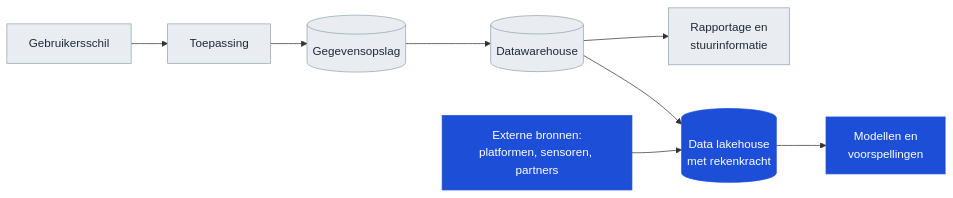
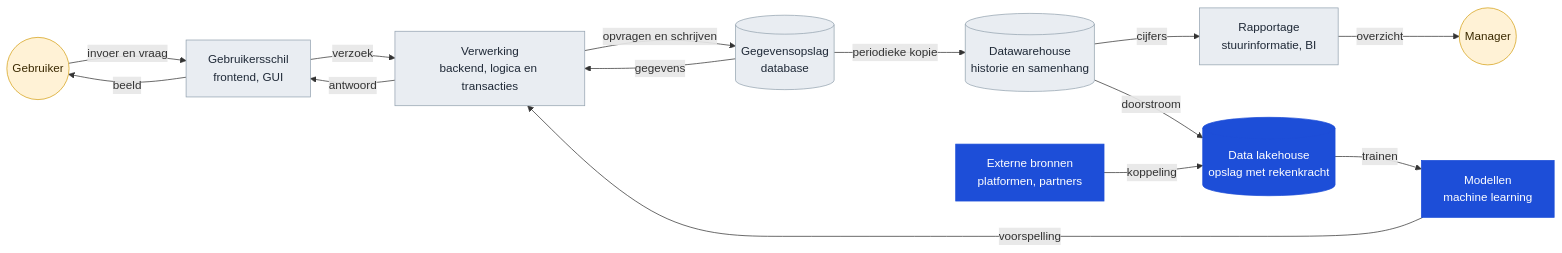
The third of 4 diagrams in presentaties/src/260904_ai_houdbaarheid.md (Npuls-OKx/meta), drawn with Mermaid before and after one commit. The commit also changed other lines of this file and 2 other files, not shown here.

````diff
--- a/presentaties/src/260904_ai_houdbaarheid.md
+++ b/presentaties/src/260904_ai_houdbaarheid.md
@@ -191,18 +205,36 @@
 ```mermaid
 flowchart LR
-  UI["Gebruikersschil"] --> APP["Toepassing"]
-  APP --> DB[("Gegevensopslag")]
-  DB --> DWH[("Datawarehouse")]
-  DWH --> BI["Rapportage en<br/>stuurinformatie"]
-  DWH --> LH[("Data lakehouse<br/>met rekenkracht")]
-  LH --> ML["Modellen en<br/>voorspellingen"]
-  EXT["Externe bronnen:<br/>platformen, sensoren, partners"] --> LH
-  style UI fill:#e9edf2,stroke:#94a3b0,color:#1f2937
-  style APP fill:#e9edf2,stroke:#94a3b0,color:#1f2937
+  U(("Gebruiker"))
+  GUI["Gebruikersschil<br/>frontend, GUI"]
+  BE["Verwerking<br/>backend, logica en transacties"]
+  DB[("Gegevensopslag<br/>database")]
+  U -- "invoer en vraag" --> GUI
+  GUI -- "verzoek" --> BE
+  BE -- "opvragen en schrijven" --> DB
+  DB -- "gegevens" --> BE
+  BE -- "antwoord" --> GUI
+  GUI -- "beeld" --> U
+  DWH[("Datawarehouse<br/>historie en samenhang")]
+  BI["Rapportage<br/>stuurinformatie, BI"]
+  M(("Manager"))
+  DB -- "periodieke kopie" --> DWH
+  DWH -- "cijfers" --> BI
+  BI -- "overzicht" --> M
+  LH[("Data lakehouse<br/>opslag met rekenkracht")]
+  ML["Modellen<br/>machine learning"]
+  EXT["Externe bronnen<br/>platformen, partners"]
+  DWH -- "doorstroom" --> LH
+  EXT -- "koppeling" --> LH
+  LH -- "trainen" --> ML
+  ML -- "voorspelling" --> BE
+  style U fill:#fff2d6,stroke:#D4A017,color:#3b2a02
+  style GUI fill:#e9edf2,stroke:#94a3b0,color:#1f2937
+  style BE fill:#e9edf2,stroke:#94a3b0,color:#1f2937
   style DB fill:#e9edf2,stroke:#94a3b0,color:#1f2937
   style DWH fill:#e9edf2,stroke:#94a3b0,color:#1f2937
   style BI fill:#e9edf2,stroke:#94a3b0,color:#1f2937
+  style M fill:#fff2d6,stroke:#D4A017,color:#3b2a02
   style LH fill:#1D4ED8,stroke:#1D4ED8,color:#ffffff
   style ML fill:#1D4ED8,stroke:#1D4ED8,color:#ffffff
   style EXT fill:#1D4ED8,stroke:#1D4ED8,color:#ffffff
 ```
````
